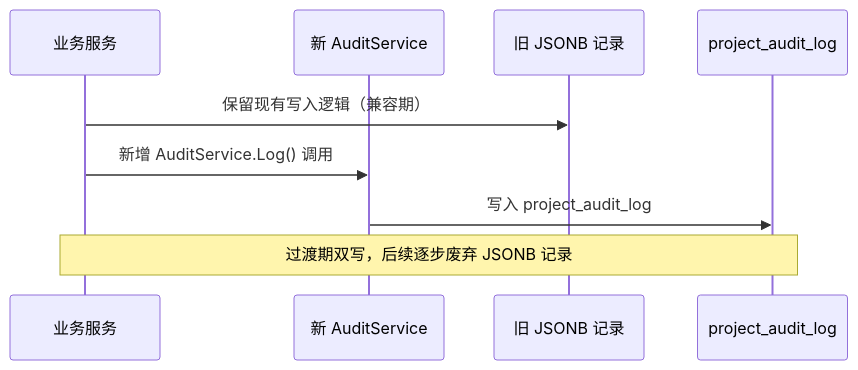
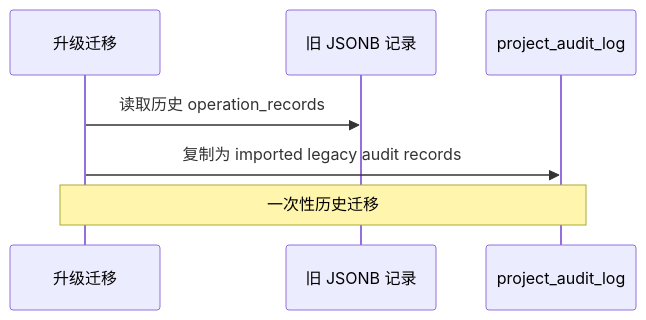
The third of 3 diagrams in specs/20260626-Wave-Feat-AddAuditLog/research.md (qinwenshiCH/workflow), drawn with Mermaid before and after one commit. The commit also changed other lines of this file and 3 other files, not shown here.

````diff
--- a/specs/20260626-Wave-Feat-AddAuditLog/research.md
+++ b/specs/20260626-Wave-Feat-AddAuditLog/research.md
@@ -376,12 +436,10 @@
 ```mermaid
 sequenceDiagram
-    participant SVC as 业务服务
-    participant NEW as 新 AuditService
+    participant MIG as 升级迁移
     participant OLD as 旧 JSONB 记录
     participant DB as project_audit_log
 
-    SVC->>OLD: 保留现有写入逻辑（兼容期）
-    SVC->>NEW: 新增 AuditService.Log() 调用
-    NEW->>DB: 写入 project_audit_log
-    Note over SVC,DB: 过渡期双写，后续逐步废弃 JSONB 记录
+    MIG->>OLD: 读取历史 operation_records
+    MIG->>DB: 复制为 imported legacy audit records
+    Note over MIG,DB: 一次性历史迁移
 ```
````
